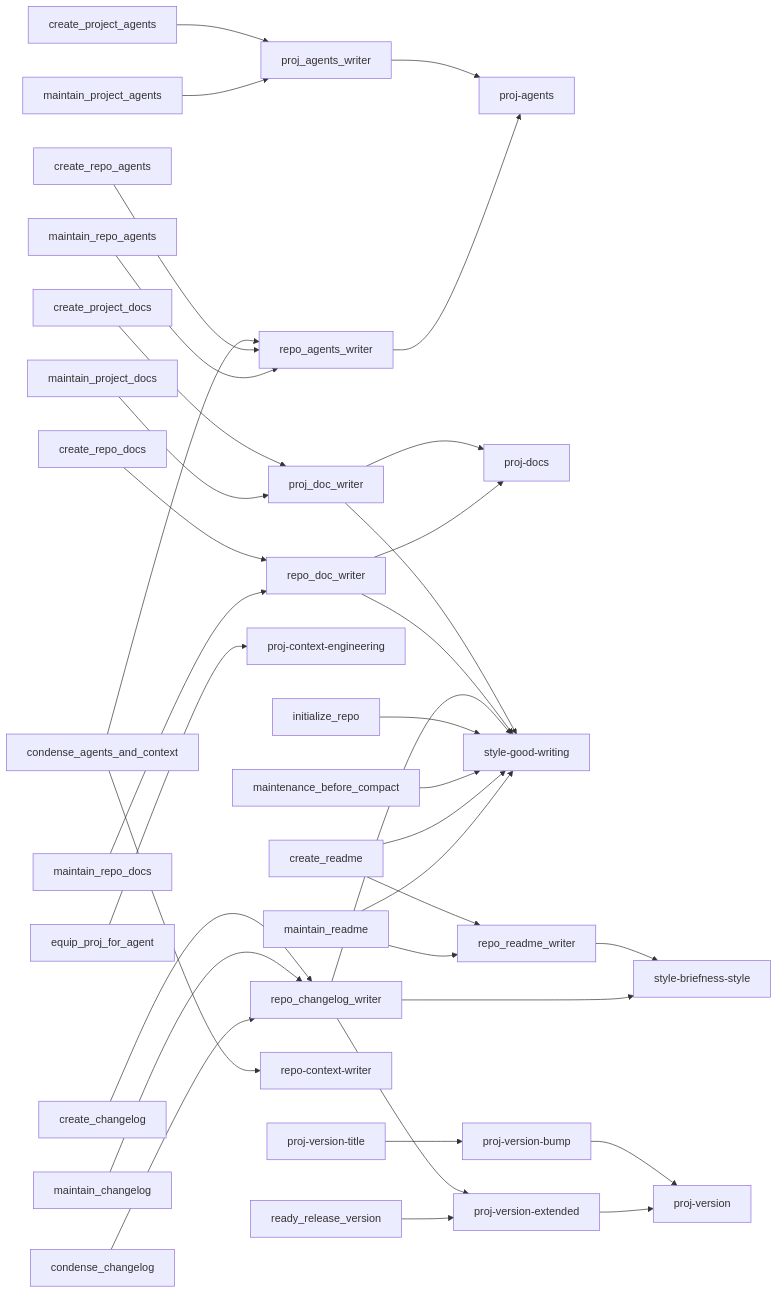
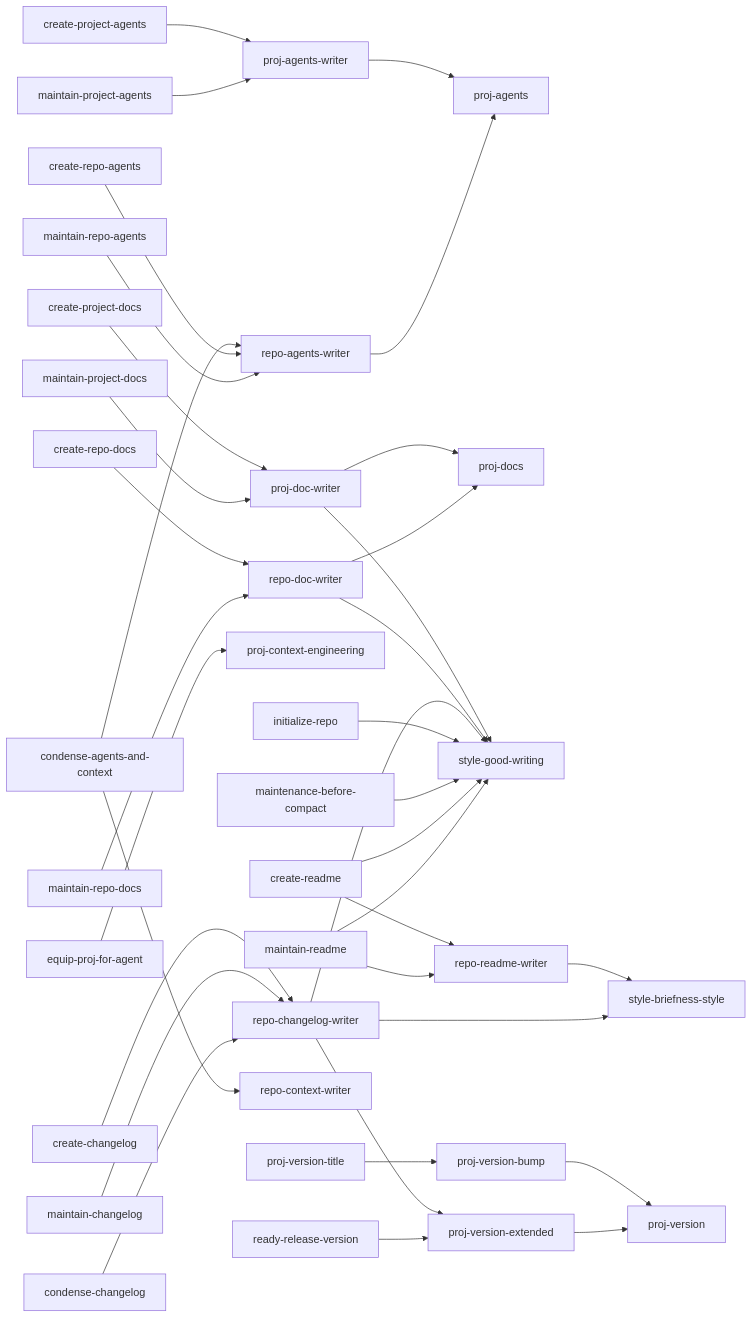
The second of 7 diagrams in docs/blueprint-doc.md (kami-lel/kaye-library), drawn with Mermaid before and after one commit. The commit also changed other lines of this file, not shown here.

Commit message:
label bare graph nodes w/ hyphenated blueprint names
📖`blueprint-doc.md`

````diff
--- a/docs/blueprint-doc.md
+++ b/docs/blueprint-doc.md
@@ -36,37 +36,37 @@
 ```mermaid
 flowchart LR
-    proj_agents_writer --> proj_agents["proj-agents"]
-    repo_agents_writer --> proj_agents
-    proj_doc_writer --> proj_docs["proj-docs"]
-    repo_doc_writer --> proj_docs
+    proj_agents_writer["proj-agents-writer"] --> proj_agents["proj-agents"]
+    repo_agents_writer["repo-agents-writer"] --> proj_agents
+    proj_doc_writer["proj-doc-writer"] --> proj_docs["proj-docs"]
+    repo_doc_writer["repo-doc-writer"] --> proj_docs
     proj_doc_writer --> style_good_writing["style-good-writing"]
     repo_doc_writer --> style_good_writing
-    equip_proj_for_agent --> proj_context_engineering["proj-context-engineering"]
-    repo_readme_writer --> style_briefness_style["style-briefness-style"]
-    repo_changelog_writer --> style_briefness_style
+    equip_proj_for_agent["equip-proj-for-agent"] --> proj_context_engineering["proj-context-engineering"]
+    repo_readme_writer["repo-readme-writer"] --> style_briefness_style["style-briefness-style"]
+    repo_changelog_writer["repo-changelog-writer"] --> style_briefness_style
     repo_changelog_writer --> proj_version_extended["proj-version-extended"]
     repo_changelog_writer --> style_good_writing
-    ready_release_version --> proj_version_extended
+    ready_release_version["ready-release-version"] --> proj_version_extended
     proj_version_title["proj-version-title"] --> proj_version_bump["proj-version-bump"]
     proj_version_bump --> proj_version["proj-version"]
     proj_version_extended --> proj_version
-    initialize_repo --> style_good_writing
-    maintenance_before_compact --> style_good_writing
-    condense_agents_and_context --> repo_agents_writer
+    initialize_repo["initialize-repo"] --> style_good_writing
+    maintenance_before_compact["maintenance-before-compact"] --> style_good_writing
+    condense_agents_and_context["condense-agents-and-context"] --> repo_agents_writer
     condense_agents_and_context --> repo_context_writer["repo-context-writer"]
-    create_project_agents --> proj_agents_writer
-    maintain_project_agents --> proj_agents_writer
-    create_project_docs --> proj_doc_writer
-    maintain_project_docs --> proj_doc_writer
-    create_readme --> repo_readme_writer
-    maintain_readme --> repo_readme_writer
+    create_project_agents["create-project-agents"] --> proj_agents_writer
+    maintain_project_agents["maintain-project-agents"] --> proj_agents_writer
+    create_project_docs["create-project-docs"] --> proj_doc_writer
+    maintain_project_docs["maintain-project-docs"] --> proj_doc_writer
+    create_readme["create-readme"] --> repo_readme_writer
+    maintain_readme["maintain-readme"] --> repo_readme_writer
     create_readme --> style_good_writing
     maintain_readme --> style_good_writing
-    create_changelog --> repo_changelog_writer
-    maintain_changelog --> repo_changelog_writer
-    condense_changelog --> repo_changelog_writer
-    create_repo_agents --> repo_agents_writer
-    maintain_repo_agents --> repo_agents_writer
-    create_repo_docs --> repo_doc_writer
-    maintain_repo_docs --> repo_doc_writer
+    create_changelog["create-changelog"] --> repo_changelog_writer
+    maintain_changelog["maintain-changelog"] --> repo_changelog_writer
+    condense_changelog["condense-changelog"] --> repo_changelog_writer
+    create_repo_agents["create-repo-agents"] --> repo_agents_writer
+    maintain_repo_agents["maintain-repo-agents"] --> repo_agents_writer
+    create_repo_docs["create-repo-docs"] --> repo_doc_writer
+    maintain_repo_docs["maintain-repo-docs"] --> repo_doc_writer
 ```
````
